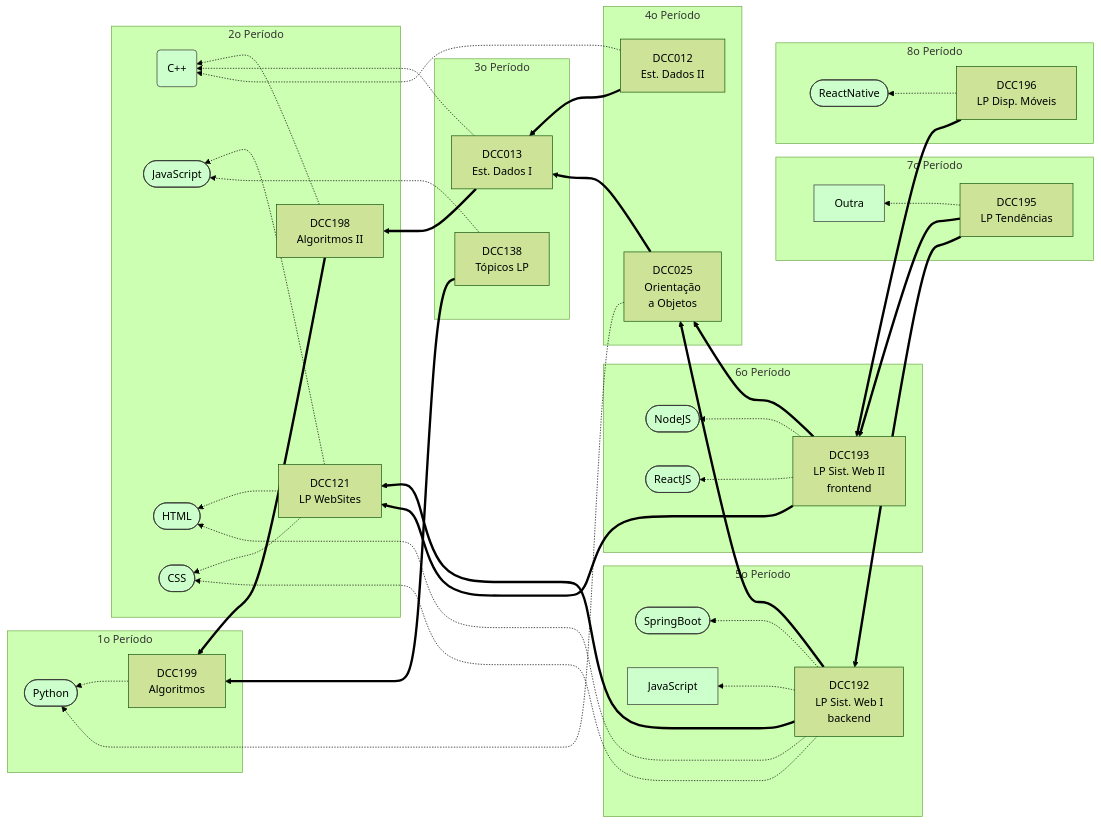
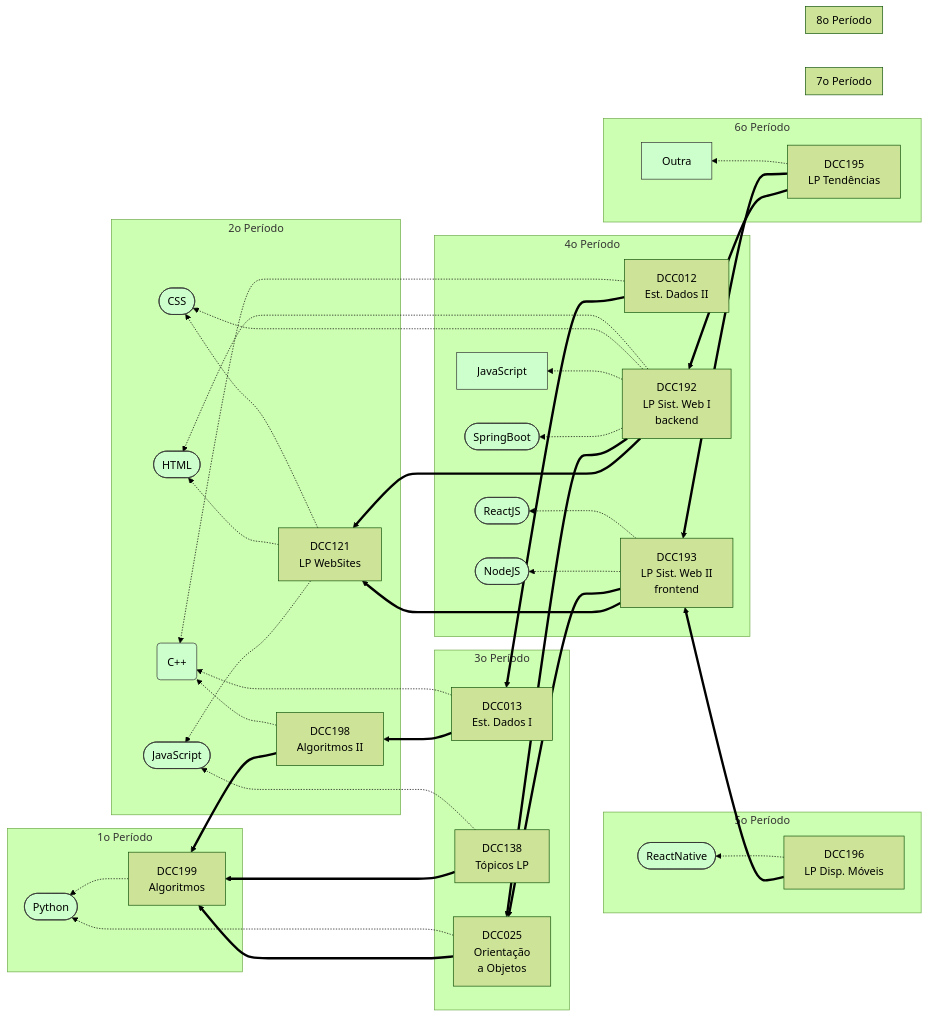
Before and after one commit to igorknop/ufjf-dcc-tech-tree: the second of 2 diagrams in README.md, drawn with Mermaid (forest theme).

Commit message:
add new semester positions

````diff
--- a/README.md
+++ b/README.md
@@ -80,73 +80,75 @@
 ```mermaid
 flowchart RL
 subgraph 1o Período
     DCC199[DCC199\nAlgoritmos]
     DCC199 -.-> Python([Python])
 end
 
 subgraph 2o Período
     DCC198[DCC198\nAlgoritmos II]
     DCC198 ==> DCC199
     DCC198 -.-> CPP(C++)
 
     DCC121[DCC121\nLP WebSites]
     DCC121 -.-> JS([JavaScript])
     DCC121 -.-> HTML([HTML])
     DCC121 -.-> CSS([CSS])
 end
 
 subgraph 3o Período
     DCC013[DCC013\nEst. Dados I]
     DCC013 ==> DCC198
     DCC013 -.-> CPP
 
     DCC138[DCC138\nTópicos LP]
     DCC138 ==> DCC199
     DCC138 -.-> JS
+
+    DCC025[DCC025\nOrientação\na Objetos]
+    DCC025 ==> DCC199
+    DCC025 -.-> Python
 end
 
 subgraph 4o Período
     DCC012[DCC012\nEst. Dados II]
     DCC012 ==> DCC013
     DCC012 -.-> CPP
 
-    DCC025[DCC025\nOrientação\na Objetos]
-    DCC025 ==> DCC013
-    DCC025 -.-> Python
-end
-
-subgraph 5o Período
     DCC192[DCC192\nLP Sist. Web I\nbackend]
     DCC192 ==> DCC121
     DCC192 ==> DCC025
     DCC192 -.-> SpringBoot([SpringBoot])
     DCC192 -.-> JavaScript
     DCC192 -.-> CSS
     DCC192 -.-> HTML
-end
 
-subgraph 6o Período
     DCC193[DCC193\nLP Sist. Web II\nfrontend]
     DCC193 ==> DCC121
     DCC193 ==> DCC025
     DCC193 -.-> NodeJS([NodeJS])
     DCC193 -.-> ReactJS([ReactJS])
 end
 
-subgraph 7o Período
-DCC195[DCC195\nLP Tendências]
+subgraph 5o Período
+    DCC196[DCC196\nLP Disp. Móveis]
+    DCC196 ==> DCC193
+    DCC196 -.-> ReactNative([ReactNative])
+end
+
+subgraph 6o Período
+    DCC195[DCC195\nLP Tendências]
     DCC195 ==> DCC192
     DCC195 ==> DCC193
     DCC195 -.-> Outra
 end
 
+subgraph 7o Período
+end
+
 subgraph 8o Período
-    DCC196[DCC196\nLP Disp. Móveis]
-    DCC196 ==> DCC193
-    DCC196 -.-> ReactNative([ReactNative])
 end
 
 
     classDef tech fill:#cfc,stroke:#333,stroke-width:1px
     class Python,JavaScript,ReactNative,C,CPP,HTML,CSS,JS,NodeJS,Java,JSP,SpringBoot,ReactJS,Outra tech;
 ```
````
